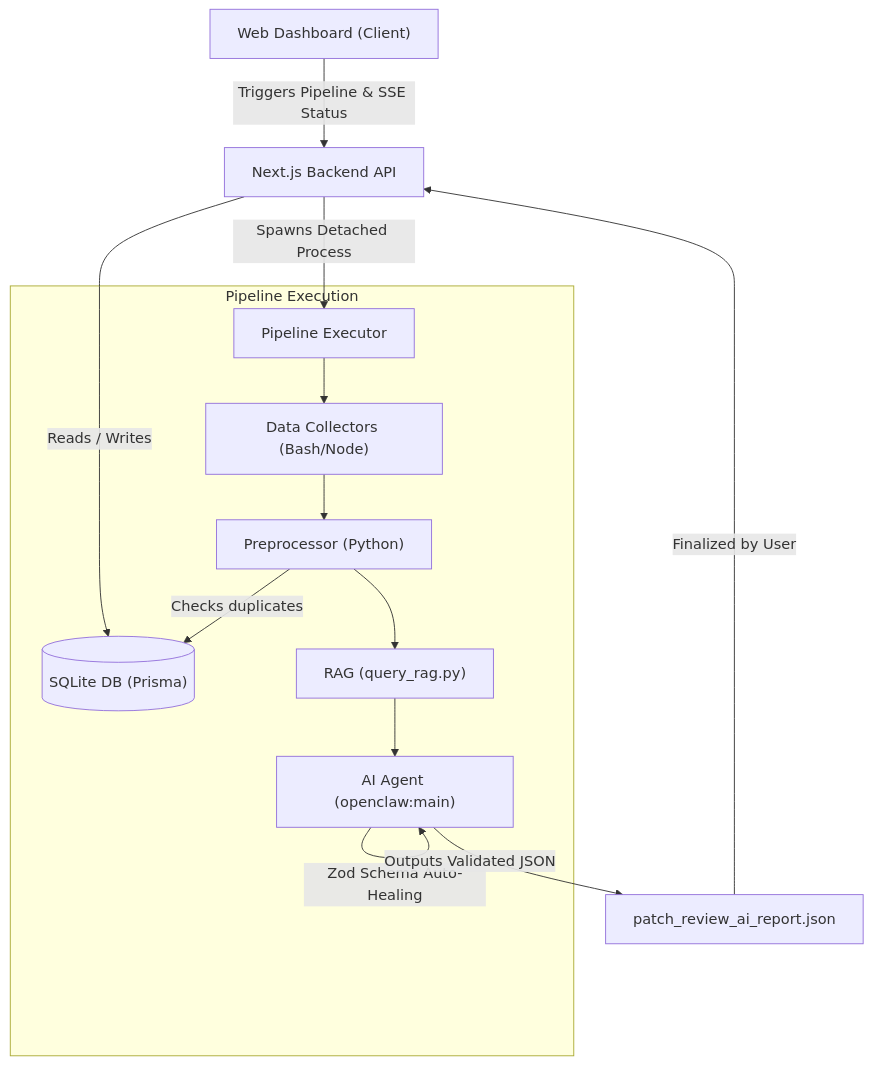
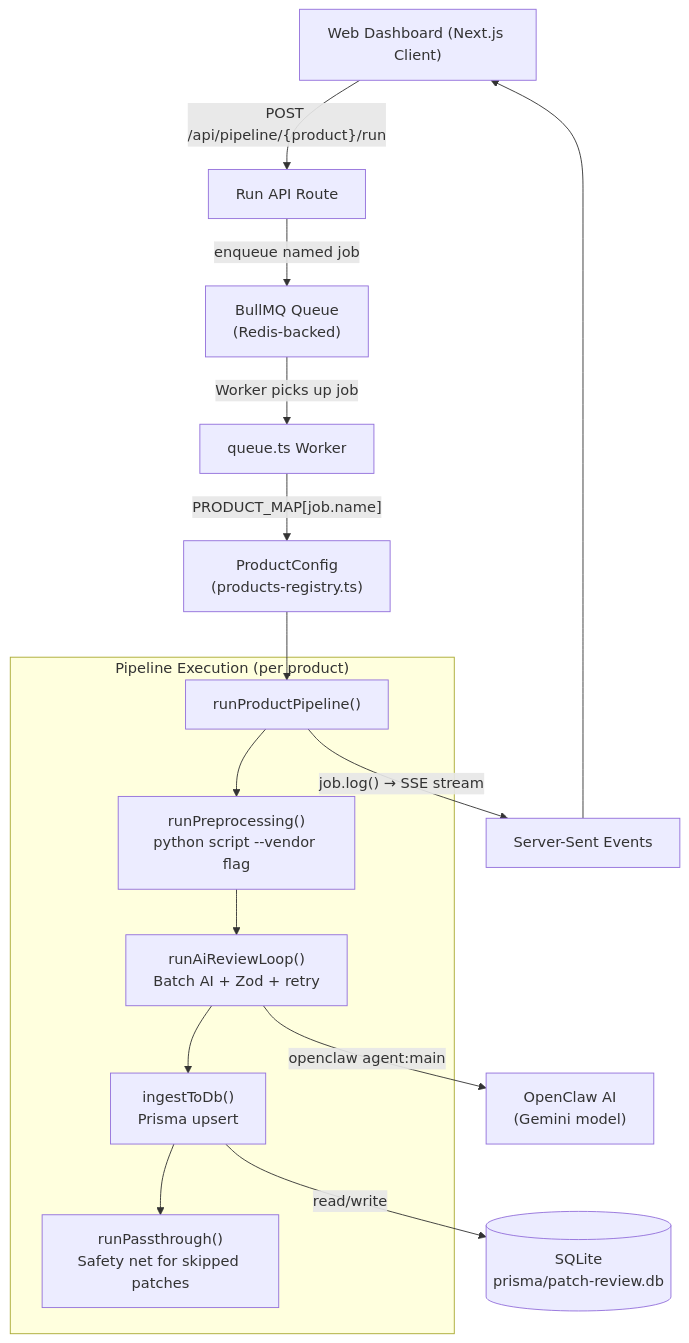
Before and after one commit to pjhwa/patch-review-dashboard-v2: the diagram in docs/architecture.md, drawn with Mermaid. The commit also changed other lines of this file and 13 other files, not shown here.

First line of the commit message:
docs: 문서 전면 개편 및 불필요 파일 정리 (Architecture v2 기반)

````diff
--- a/docs/architecture.md
+++ b/docs/architecture.md
@@ -17,19 +15,22 @@
 ```mermaid
 graph TD
-    UI["Web Dashboard (Client)"] -- "Triggers Pipeline & SSE Status" --> API["Next.js Backend API"]
-    
-    API -- "Reads / Writes" --> DB[("SQLite DB (Prisma)")]
-    API -- "Spawns Detached Process" --> PL["Pipeline Executor"]
-    
-    subgraph Pipeline Execution
-        PL --> C1["Data Collectors (Bash/Node)"]
-        C1 --> C2["Preprocessor (Python)"]
-        C2 -- "Checks duplicates" --> DB
-        C2 --> C3["RAG (query_rag.py)"]
-        C3 --> AI["AI Agent (openclaw:main)"]
-        AI -- "Zod Schema Auto-Healing" --> AI
+    UI["Web Dashboard (Next.js Client)"]
+    UI -- "POST /api/pipeline/{product}/run" --> RUN["Run API Route"]
+    RUN -- "enqueue named job" --> QUEUE["BullMQ Queue\n(Redis-backed)"]
+    QUEUE -- "Worker picks up job" --> WORKER["queue.ts Worker"]
+
+    WORKER -- "PRODUCT_MAP[job.name]" --> REG["ProductConfig\n(products-registry.ts)"]
+    REG --> PIPE["runProductPipeline()"]
+
+    subgraph "Pipeline Execution (per product)"
+        PIPE --> PRE["runPreprocessing()\npython script --vendor flag"]
+        PRE --> AI_LOOP["runAiReviewLoop()\nBatch AI + Zod + retry"]
+        AI_LOOP --> INGEST["ingestToDb()\nPrisma upsert"]
+        INGEST --> PT["runPassthrough()\nSafety net for skipped patches"]
     end
-    
-    AI -- "Outputs Validated JSON" --> JSON["patch_review_ai_report.json"]
-    JSON -- "Finalized by User" --> API
+
+    PIPE -- "job.log() → SSE stream" --> SSE["Server-Sent Events"]
+    SSE --> UI
+    INGEST -- "read/write" --> DB[("SQLite\nprisma/patch-review.db")]
+    AI_LOOP -- "openclaw agent:main" --> OPENCLAW["OpenClaw AI\n(Gemini model)"]
 ```
````
